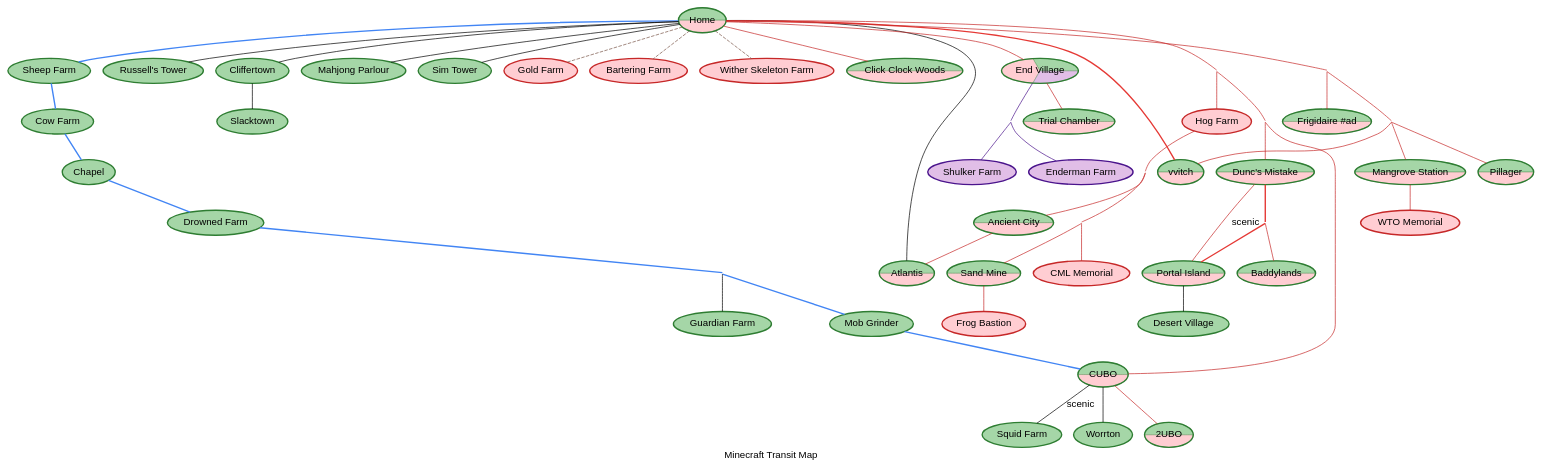
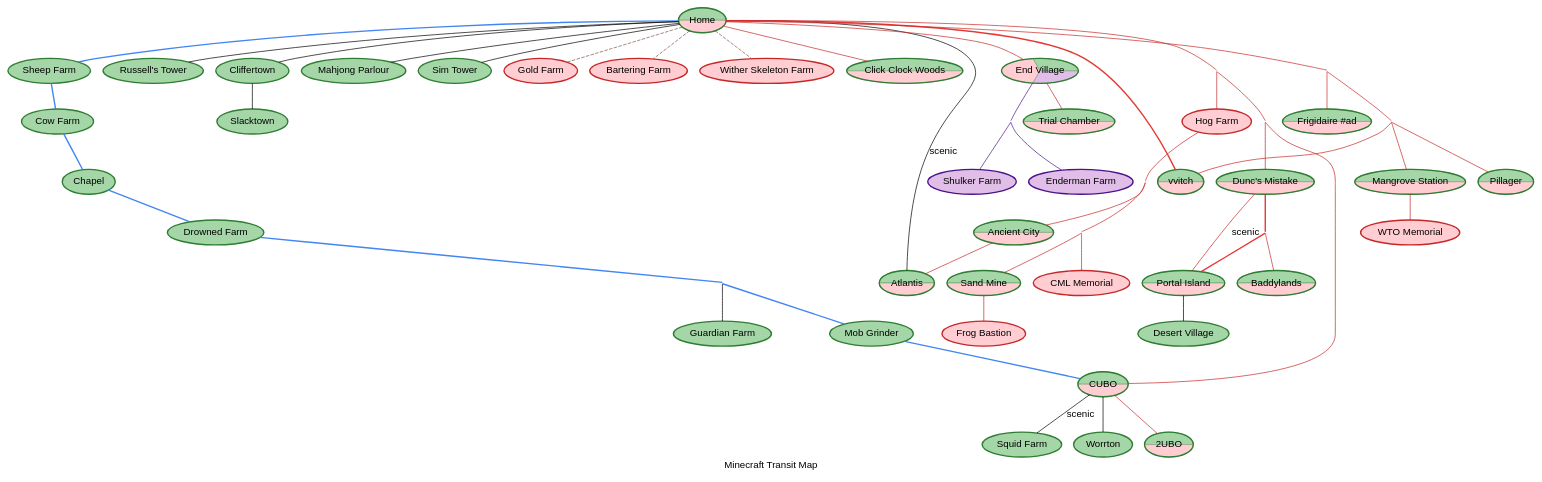
Before and after one commit to eatnumber1/minecraft-transit-map: the diagram in map_body.gv, drawn with Graphviz. The commit also changed 1 other file, not shown here.

Commit message:
Mark the overworld route to Atlantis as scenic.

```diff
--- a/map_body.gv
+++ b/map_body.gv
@@ -1,157 +1,157 @@
 digraph MinecraftRailMap {
     // Set global graph, node, and edge attributes for a consistent look
     graph [
         mode="KK",
         bb="0,0,20,40",
         overlap="prism",
         bgcolor="white",
         fontname="Helvetica,Arial,sans-serif",
         label="Minecraft Transit Map",
         fontcolor="black",
     ];
     node [
         fontname="Helvetica,Arial,sans-serif",
         style=filled,
         fontcolor="black",
         penwidth=2
     ];
     edge [
         fontname="Helvetica,Arial,sans-serif",
         color="black"
     ];
 
     // == OVERWORLD NODES ==
     // Nodes are colored in shades of green to represent the Overworld.
     node [color="#2E7D32", fillcolor="#A5D6A7"];
     Chapel [label="Chapel"];
     Cow_Farm [label="Cow Farm"];
     Sheep_Farm [label="Sheep Farm"];
     Drowned_Farm [label="Drowned Farm"];
     Mob_Grinder [label="Mob Grinder"];
     Guardian_Farm [label="Guardian Farm"];
     Russells_Tower [label="Russell's Tower"];
     Cliffertown [label="Cliffertown"];
     Mahjong_Parlour [label="Mahjong Parlour"];
     Desert_Village [label="Desert Village"];
     Slacktown [label="Slacktown"];
     Sim_Tower [label="Sim Tower"];
     Squid_Farm [label="Squid Farm"];
     Worrton [label="Worrton"];
 
     // == NETHER NODES ==
     node [color="#C62828", fillcolor="#FFCDD2"];
     Gold_Farm [label="Gold Farm"];
     Bartering_Farm [label="Bartering Farm"];
     Wither_Skeleton_Farm [label="Wither Skeleton Farm"];
     Hog_Farm [label="Hog Farm"];
     CML_Memorial [label="CML Memorial"];
     Frog [label="Frog Bastion"];
     WTO_Memorial [label="WTO Memorial"];
 
     // == THE END NODES ==
     node [color="#4A148C", fillcolor="#E1BEE7"];
     Enderman_Farm [label="Enderman Farm"];
     Shulker_Farm [label="Shulker Farm"];
 
     // == DUAL-DIMENSION NODES ==
     node [style=wedged, penwidth=2, shape=ellipse];
     Home [label="Home", color="#2E7D32", fillcolor="#A5D6A7:#FFCDD2"];
     Baddylands [label="Baddylands", color="#2E7D32", fillcolor="#A5D6A7:#FFCDD2"];
     Portal_Island [label="Portal Island", color="#2E7D32", fillcolor="#A5D6A7:#FFCDD2"];
     _2UBO [label="2UBO", color="#2E7D32", fillcolor="#A5D6A7:#FFCDD2"];
     Pale_Oak_Forest [label="Click Clock Woods", color="#2E7D32", fillcolor="#A5D6A7:#FFCDD2"];
     Atlantis [label="Atlantis", color="#2E7D32", fillcolor="#A5D6A7:#FFCDD2"];
     CUBO [label="CUBO", color="#2E7D32", fillcolor="#A5D6A7:#FFCDD2"];
     Sand_Mine [label="Sand Mine", color="#2E7D32", fillcolor="#A5D6A7:#FFCDD2"];
     Ancient_City [label="Ancient City", color="#2E7D32", fillcolor="#A5D6A7:#FFCDD2"];
     Duncs_Mistake [label="Dunc's Mistake", color="#2E7D32", fillcolor="#A5D6A7:#FFCDD2"];
     Frigidaire_ad [label="Frigidaire #ad", color="#2E7D32", fillcolor="#A5D6A7:#FFCDD2"];
     Pillager [label="Pillager", color="#2E7D32", fillcolor="#A5D6A7:#FFCDD2"];
     Mangrove_Station [label="Mangrove Station", color="#2E7D32", fillcolor="#A5D6A7:#FFCDD2"];
     vvitch [label="vvitch", color="#2E7D32", fillcolor="#A5D6A7:#FFCDD2"];
     Trial_Chamber [label="Trial Chamber", color="#2E7D32", fillcolor="#A5D6A7:#FFCDD2"];
 
     // == TRI-DIMENSION NODES ==
     End_Village [label="End Village", style=wedged, penwidth=2, shape=ellipse, color="#2E7D32", fillcolor="#A5D6A7:#FFCDD2:#E1BEE7"];
 
     // Invisible junction nodes
     node [style=invis, shape=point, width=0, height=0, label=""];
     Dragon_Junction;
     Junction2;
     Junction3;
     Junction4;
     Junction5;
     Junction6;
     Junction7;
     Junction8;
     EndJunction1;
 
     // == EDGES / RAIL CONNECTIONS ==
     // Main railroad line
     edge [dir=none, style=bold, color="#4285F4"];
     Home -> Sheep_Farm;
     Sheep_Farm -> Cow_Farm;
     Cow_Farm -> Chapel;
     Chapel -> Drowned_Farm;
     Drowned_Farm -> Dragon_Junction;
     Dragon_Junction -> Mob_Grinder;
     Mob_Grinder -> CUBO;
 
     // Spur lines
     edge [dir=none, style=solid, color="black"];
     Dragon_Junction -> Guardian_Farm;
     Home -> Russells_Tower;
     Home -> Cliffertown;
     Cliffertown -> Slacktown;
     Home -> Mahjong_Parlour;
     Home -> Sim_Tower;
     Portal_Island -> Desert_Village;
-    Home -> Atlantis; // New Overworld route
+    Home -> Atlantis [label="scenic"];
     CUBO -> Squid_Farm [label="scenic"];
     CUBO -> Worrton;
 
     // Nether rail (connects directly to Home)
     edge [dir=none, style=solid, color="#C62828"];
     Junction3 -> Junction2;
     Junction3 -> Hog_Farm;
     Hog_Farm -> Junction5;
     Home -> Junction3;
     Junction2 -> Duncs_Mistake;
     Duncs_Mistake -> Portal_Island [label="scenic"]; // Local line
     Junction2 -> CUBO;
     CUBO -> _2UBO;
     Home -> End_Village;
     Home -> Pale_Oak_Forest;
     Junction5 -> Ancient_City;
     Ancient_City -> Atlantis; // Existing Nether route
     Junction5 -> Junction4;
     Junction4 -> CML_Memorial;
     Junction4 -> Sand_Mine;
     Sand_Mine -> Frog;
     Junction6 -> Baddylands;
     Home -> Junction7;
     Junction7 -> Frigidaire_ad;
     Junction7 -> Junction8;
     Junction8 -> vvitch;
     Junction8 -> Mangrove_Station;
     Mangrove_Station -> WTO_Memorial;
     Junction8 -> Pillager;
     End_Village -> Trial_Chamber;
 
     // Nether Express Rail
     edge [dir=none, style=bold, color="#E53935"];
     Duncs_Mistake -> Junction6 -> Portal_Island; // Express line
     Home -> vvitch;
 
     // End rail (connects directly to End Village)
     edge [dir=none, style=solid, color="#4A148C"];
     End_Village -> EndJunction1
     EndJunction1 -> Enderman_Farm;
     EndJunction1 -> Shulker_Farm;
 
     // Footpath (connects directly to Home)
     edge [dir=none, style=dashed, color="#795548"];
     Home -> Gold_Farm;
     Home -> Bartering_Farm;
     Home -> Wither_Skeleton_Farm;
 }
```
